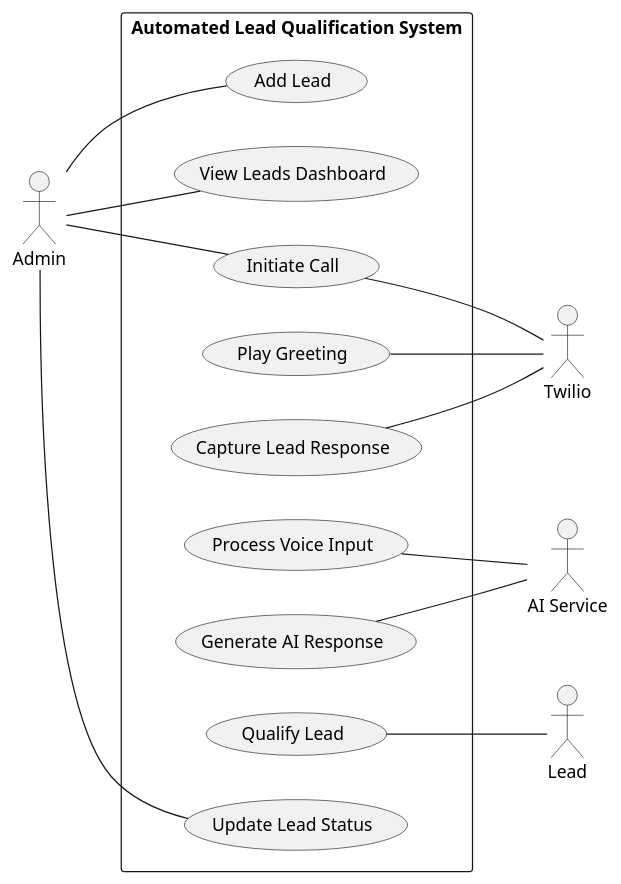
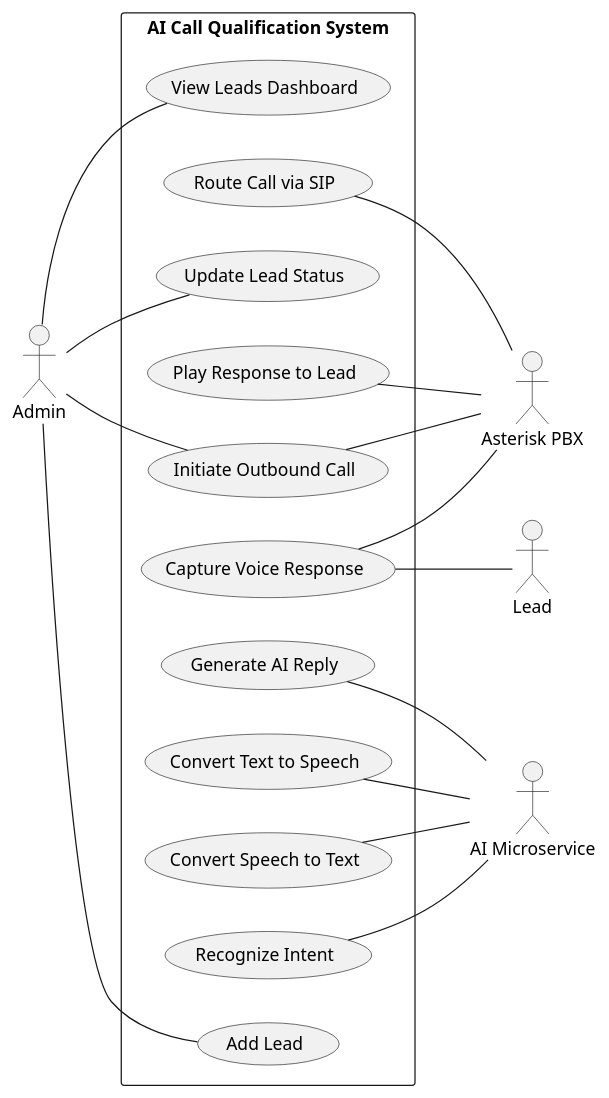
The diagram in Functional-Branch/Use-Case/Use-Case-General.puml (Tribak-Ayoub/AI-Voice-Assistant), drawn with PlantUML before and after one commit. The commit also changed 1 other file, not shown here.

Commit message:
update the use case and sequence diagram

```diff
--- a/Functional-Branch/Use-Case/Use-Case-General.puml
+++ b/Functional-Branch/Use-Case/Use-Case-General.puml
@@ -1,34 +1,38 @@
 @startuml
 left to right direction
 
 actor Admin
 actor Lead
-actor Twilio
-actor "AI Service" as AIService
+actor "Asterisk PBX" as PBX
+actor "AI Microservice" as AIService
 
-rectangle "Automated Lead Qualification System" {
-    usecase "Add Lead" as AddLead
-    usecase "View Leads Dashboard" as ViewDashboard
-    usecase "Initiate Call" as InitiateCall
-    usecase "Play Greeting" as PlayGreeting
-    usecase "Capture Lead Response" as CaptureResponse
-    usecase "Process Voice Input" as ProcessVoice
-    usecase "Generate AI Response" as GenerateResponse
-    usecase "Qualify Lead" as QualifyLead
-    usecase "Update Lead Status" as UpdateLeadStatus
+rectangle "AI Call Qualification System" {
+usecase "Add Lead" as AddLead
+usecase "View Leads Dashboard" as ViewLeads
+usecase "Initiate Outbound Call" as InitiateCall
+usecase "Route Call via SIP" as RouteCall
+usecase "Capture Voice Response" as CaptureVoice
+usecase "Convert Speech to Text" as STT
+usecase "Recognize Intent" as DetectIntent
+usecase "Generate AI Reply" as GenReply
+usecase "Convert Text to Speech" as TTS
+usecase "Play Response to Lead" as PlayVoice
+usecase "Update Lead Status" as UpdateStatus
 }
 
 Admin -- AddLead
-Admin -- ViewDashboard
+Admin -- ViewLeads
 Admin -- InitiateCall
-Admin -- UpdateLeadStatus
+Admin -- UpdateStatus
 
-InitiateCall -- Twilio
-PlayGreeting -- Twilio
-CaptureResponse -- Twilio
-ProcessVoice -- AIService
-GenerateResponse -- AIService
-
-QualifyLead -- Lead
+InitiateCall -- PBX
+RouteCall -- PBX
+CaptureVoice -- PBX
+CaptureVoice -- Lead
+STT -- AIService
+DetectIntent -- AIService
+GenReply -- AIService
+TTS -- AIService
+PlayVoice -- PBX
 
 @enduml
```
